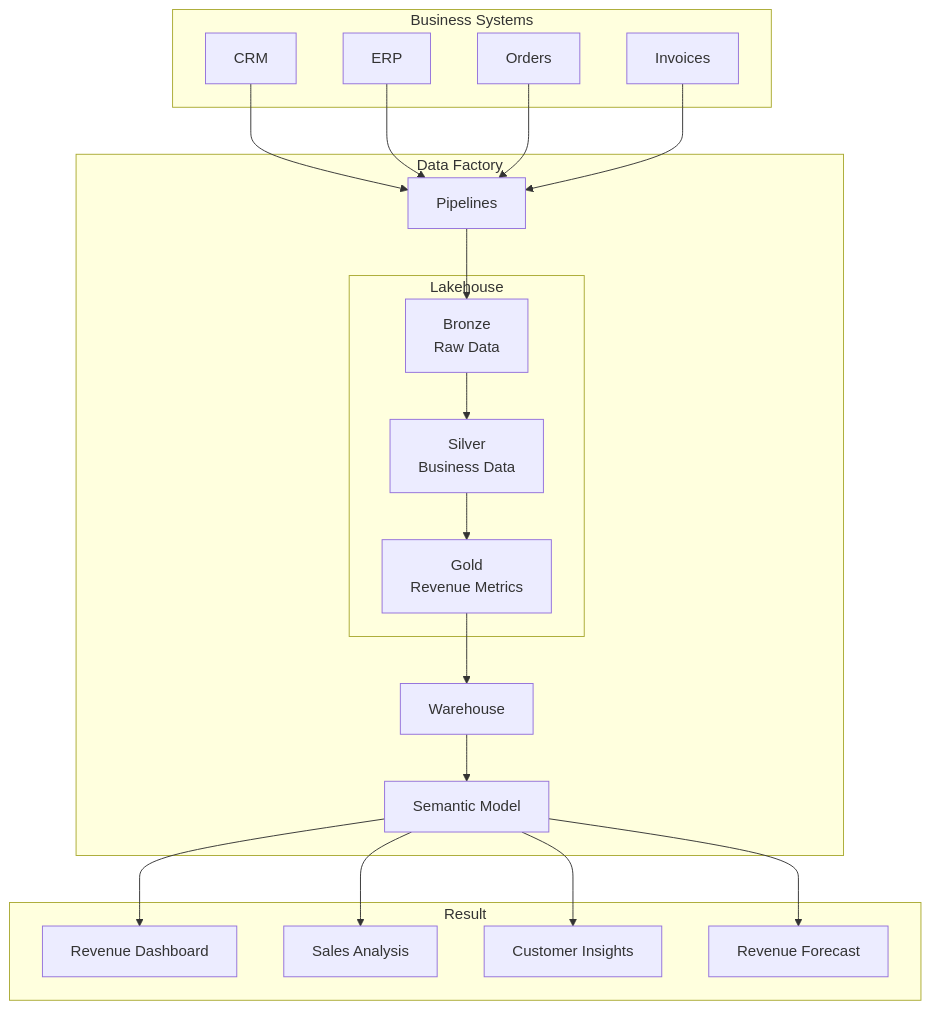
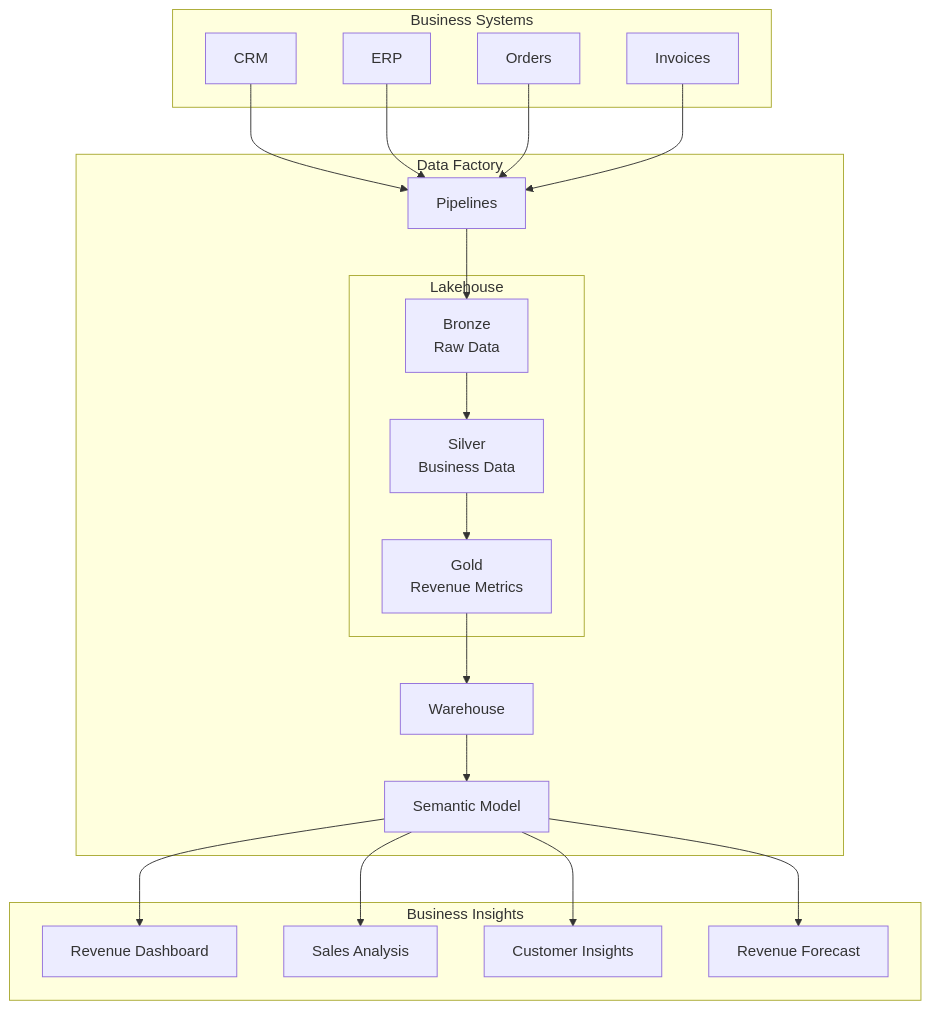
Before and after one commit to Solveright/Revenue-Visibility: the diagram in README.md, drawn with Mermaid.

````diff
--- a/README.md
+++ b/README.md
@@ -16,47 +16,47 @@
 ```mermaid
 flowchart TB
 
     subgraph Sources["Business Systems"]
         CRM["CRM"]
         ERP["ERP"]
         Orders["Orders"]
         Invoices["Invoices"]
     end
 
     subgraph Data Factory
         DF["Pipelines"]
 
         subgraph Lakehouse["Lakehouse"]
             Bronze["Bronze<br/>Raw Data"]
             Silver["Silver<br/>Business Data"]
             Gold["Gold<br/>Revenue Metrics"]
         end
 
         WH["Warehouse"]
         SM["Semantic Model"]
     end
 
-    subgraph Result["Result"]
+    subgraph Business Insights["Business Insights"]
         Revenue["Revenue Dashboard"]
         Sales["Sales Analysis"]
         Customer["Customer Insights"]
         Forecast["Revenue Forecast"]
     end
 
     CRM --> DF
     ERP --> DF
     Orders --> DF
     Invoices --> DF
 
     DF --> Bronze
     Bronze --> Silver
     Silver --> Gold
 
     Gold --> WH
     WH --> SM
 
     SM --> Revenue
     SM --> Sales
     SM --> Customer
     SM --> Forecast
 ```
````
